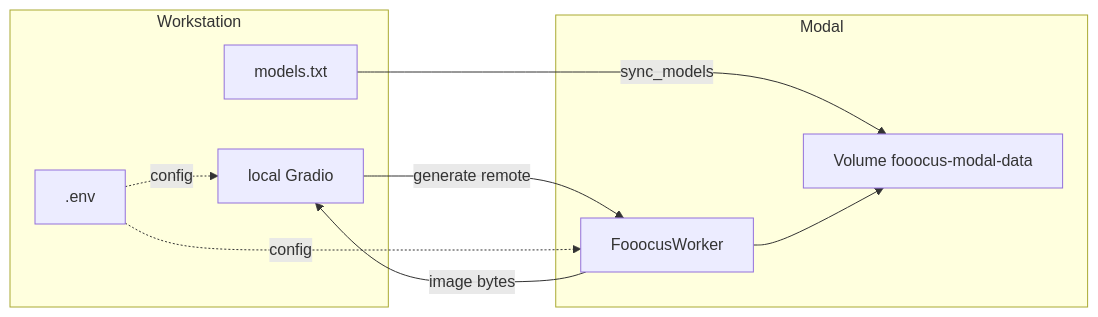
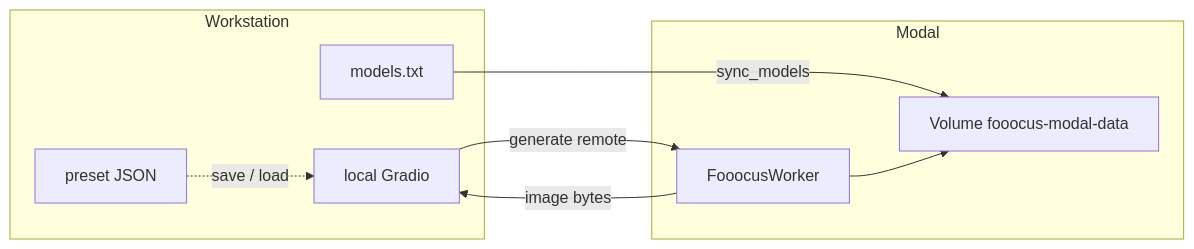
Before and after one commit to DragoHG/fooocus-modal: the diagram in docs/architecture/OVERVIEW.md, drawn with Mermaid. The commit also changed other lines of this file and 30 other files, not shown here.

````diff
--- a/docs/architecture/OVERVIEW.md
+++ b/docs/architecture/OVERVIEW.md
@@ -18,18 +17,17 @@
 ```mermaid
 flowchart LR
   subgraph workstation [Workstation]
     UI[local Gradio]
+    Presets[preset JSON]
     Manifest[models.txt]
-    EnvFile[.env]
   end
   subgraph modalPlatform [Modal]
     Worker[FooocusWorker]
     Vol[Volume fooocus-modal-data]
   end
   UI -->|generate remote| Worker
+  Presets -.->|save / load| UI
   Manifest -->|sync_models| Vol
   Worker --> Vol
   Worker -->|image bytes| UI
-  EnvFile -.->|config| UI
-  EnvFile -.->|config| Worker
 ```
````
